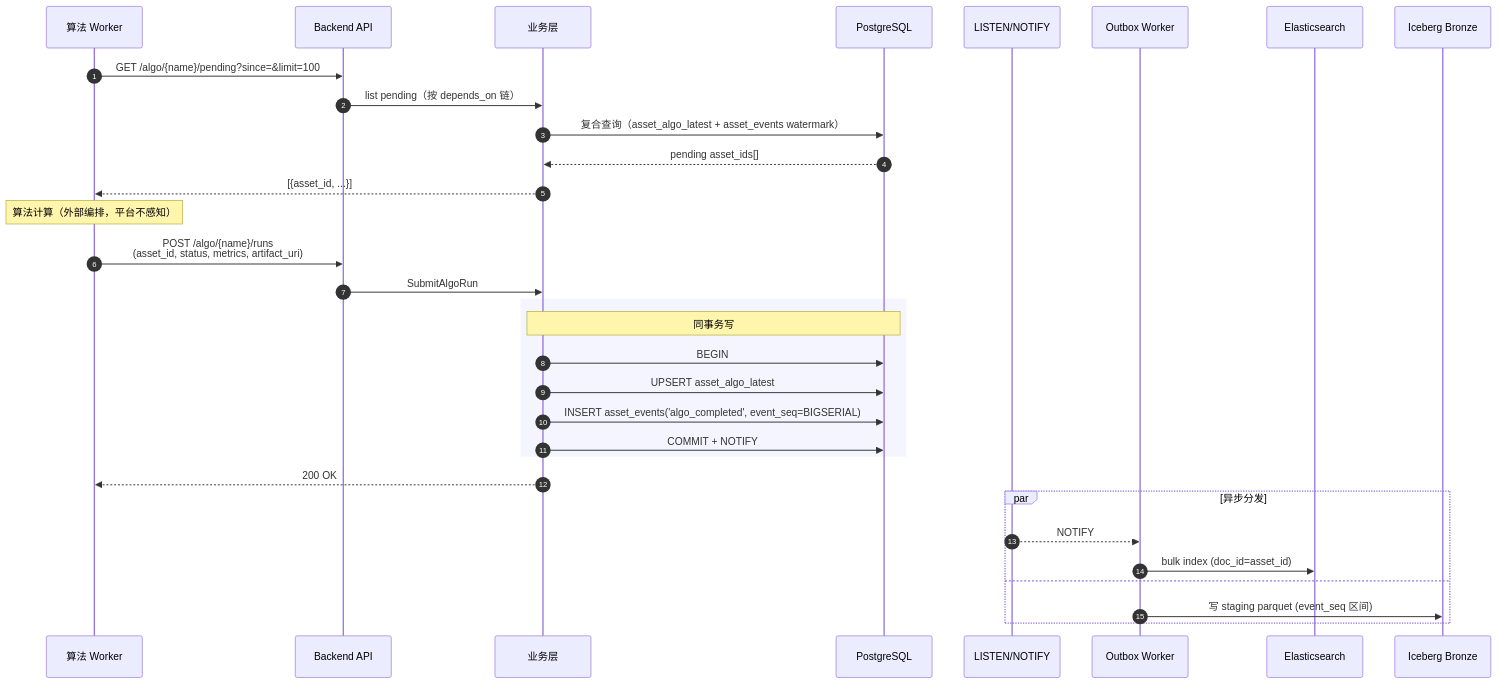
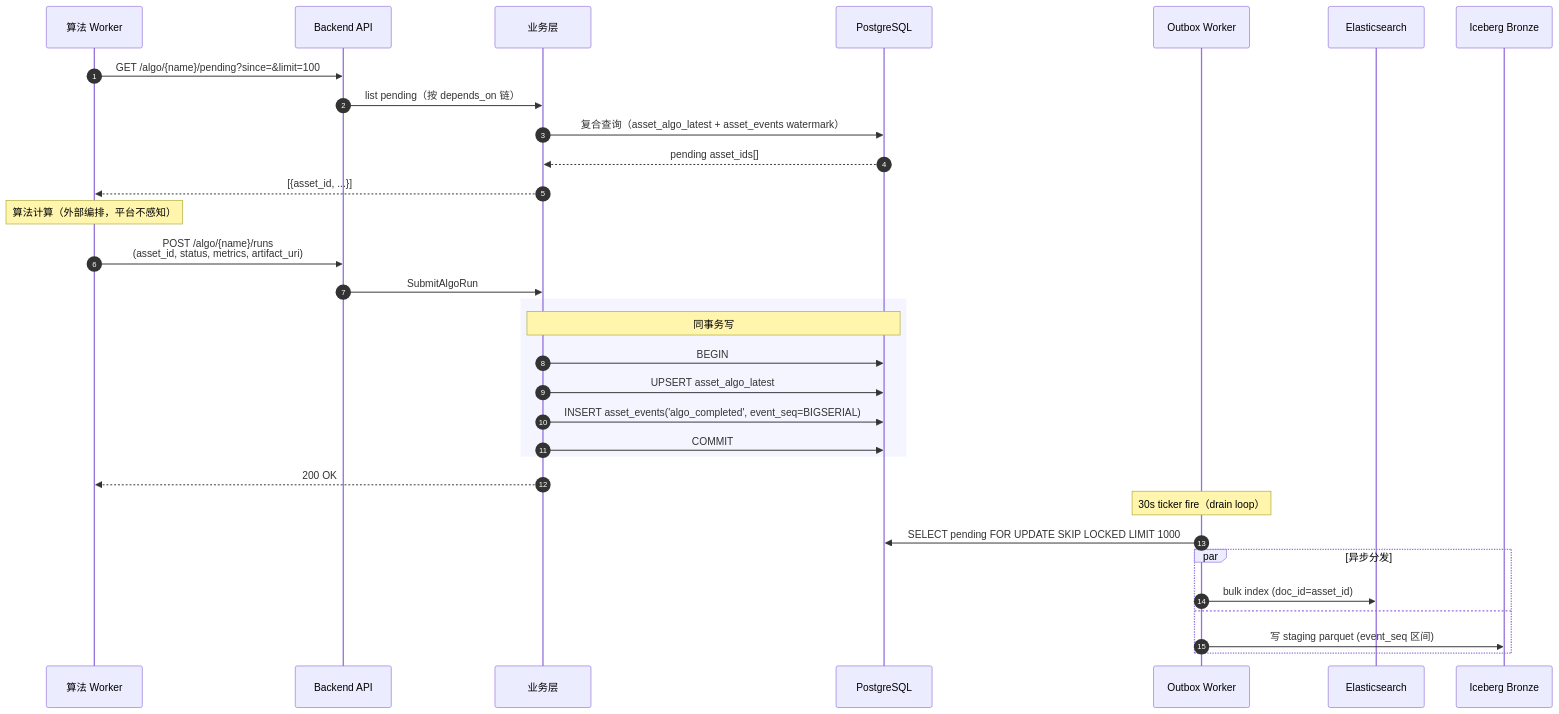
Diagram 15 of 24 in docs/review/data-platform-design.md (rouse2617/Databricks4robot), drawn with Mermaid before and after one commit. The commit also changed other lines of this file and 2 other files, not shown here.

````diff
--- a/docs/review/data-platform-design.md
+++ b/docs/review/data-platform-design.md
@@ -1336,40 +1371,40 @@
 ```mermaid
 sequenceDiagram
     autonumber
     participant W as 算法 Worker
     participant API as Backend API
     participant UC as 业务层
     participant PG as PostgreSQL
-    participant Notify as LISTEN/NOTIFY
     participant Out as Outbox Worker
     participant ES as Elasticsearch
     participant Lake as Iceberg Bronze
 
     W->>API: GET /algo/{name}/pending?since=&limit=100
     API->>UC: list pending（按 depends_on 链）
     UC->>PG: 复合查询（asset_algo_latest + asset_events watermark）
     PG-->>UC: pending asset_ids[]
     UC-->>W: [{asset_id, ...}]
 
     Note over W: 算法计算（外部编排，平台不感知）
 
     W->>API: POST /algo/{name}/runs<br>(asset_id, status, metrics, artifact_uri)
     API->>UC: SubmitAlgoRun
 
     rect rgb(245,245,255)
     Note over UC,PG: 同事务写
     UC->>PG: BEGIN
     UC->>PG: UPSERT asset_algo_latest
     UC->>PG: INSERT asset_events('algo_completed', event_seq=BIGSERIAL)
-    UC->>PG: COMMIT + NOTIFY
+    UC->>PG: COMMIT
     end
 
     UC-->>W: 200 OK
 
+    Note over Out: 30s ticker fire（drain loop）
+    Out->>PG: SELECT pending FOR UPDATE SKIP LOCKED LIMIT 1000
     par 异步分发
-        Notify-->>Out: NOTIFY
         Out->>ES: bulk index (doc_id=asset_id)
     and
         Out->>Lake: 写 staging parquet (event_seq 区间)
     end
 ```
````
